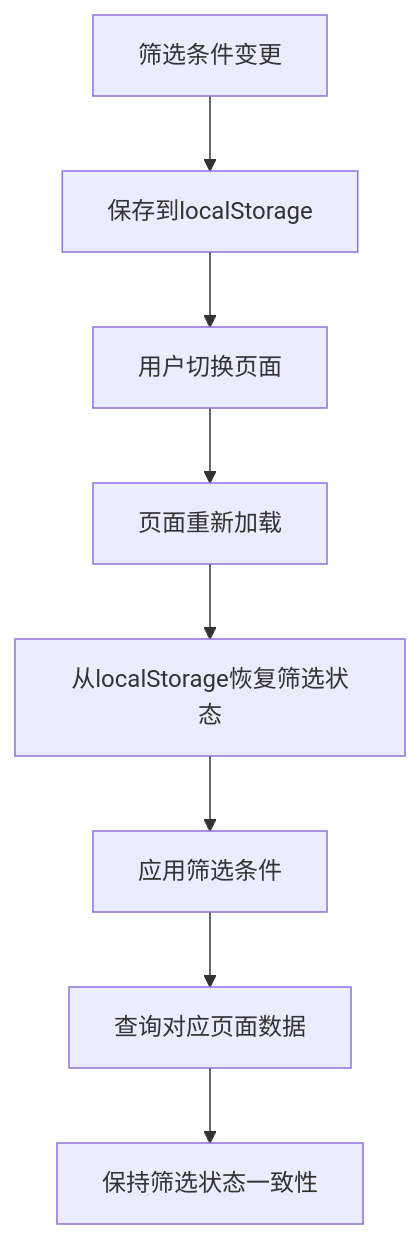
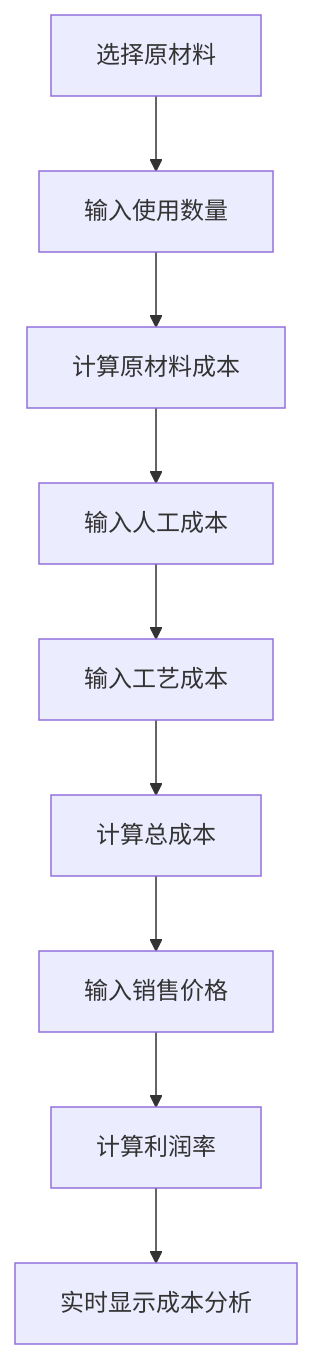
The fifth of 14 diagrams in .trae/documents/05-业务流程详细规范文档.md (zhuoweishun/shuijing-erp), drawn with Mermaid before and after one commit. The commit also changed other lines of this file and 118 other files, not shown here.

````diff
--- a/.trae/documents/05-业务流程详细规范文档.md
+++ b/.trae/documents/05-业务流程详细规范文档.md
@@ -499,10 +171,11 @@
 ```mermaid
 flowchart TD
-    A[筛选条件变更] --> B[保存到localStorage]
-    B --> C[用户切换页面]
-    C --> D[页面重新加载]
-    D --> E[从localStorage恢复筛选状态]
-    E --> F[应用筛选条件]
-    F --> G[查询对应页面数据]
-    G --> H[保持筛选状态一致性]
+    A[选择原材料] --> B[输入使用数量]
+    B --> C[计算原材料成本]
+    C --> D[输入人工成本]
+    D --> E[输入工艺成本]
+    E --> F[计算总成本]
+    F --> G[输入销售价格]
+    G --> H[计算利润率]
+    H --> I[实时显示成本分析]
 ```
````
